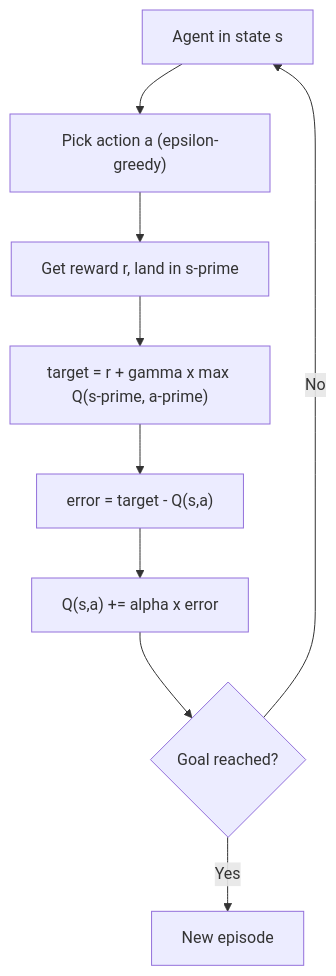
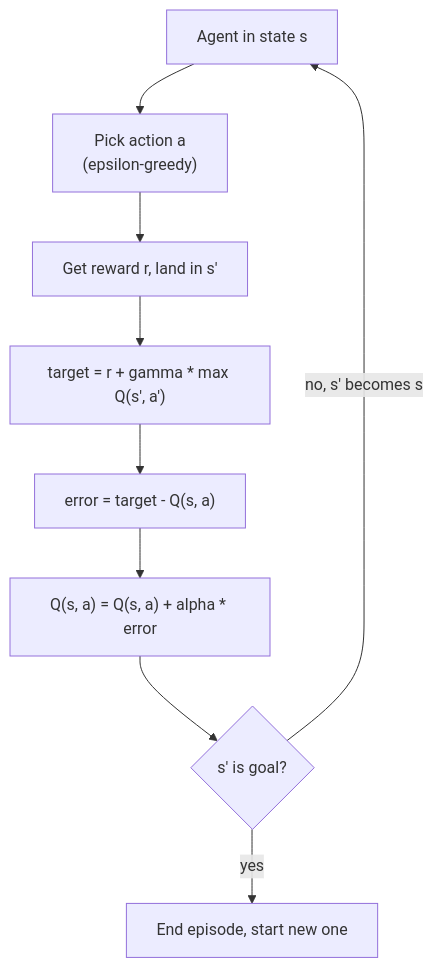
One commit to kaisarnajar/outcome-school-blogs changed the first of 3 diagrams in notes/step-01-machine-learning-foundations/017-value-function-and-q-learning.md. Above: the diagram before and after it, drawn with Mermaid. The commit also changed other lines of this file and 233 other files, not shown here.

````diff
--- a/notes/step-01-machine-learning-foundations/017-value-function-and-q-learning.md
+++ b/notes/step-01-machine-learning-foundations/017-value-function-and-q-learning.md
@@ -46,11 +79,11 @@
 ```mermaid
 flowchart TD
-    A["Agent in state s"] --> B["Pick action a (epsilon-greedy)"]
-    B --> C["Get reward r, land in s-prime"]
-    C --> D["target = r + gamma x max Q(s-prime, a-prime)"]
-    D --> E["error = target - Q(s,a)"]
-    E --> F["Q(s,a) += alpha x error"]
-    F --> G{"Goal reached?"}
-    G -->|"No"| A
-    G -->|"Yes"| H["New episode"]
+    A1["Agent in state s"] --> A2["Pick action a<br/>(epsilon-greedy)"]
+    A2 --> A3["Get reward r, land in s'"]
+    A3 --> A4["target = r + gamma * max Q(s', a')"]
+    A4 --> A5["error = target - Q(s, a)"]
+    A5 --> A6["Q(s, a) = Q(s, a) + alpha * error"]
+    A6 --> A7{"s' is goal?"}
+    A7 -->|"no, s' becomes s"| A1
+    A7 -->|"yes"| A8["End episode, start new one"]
 ```
````
